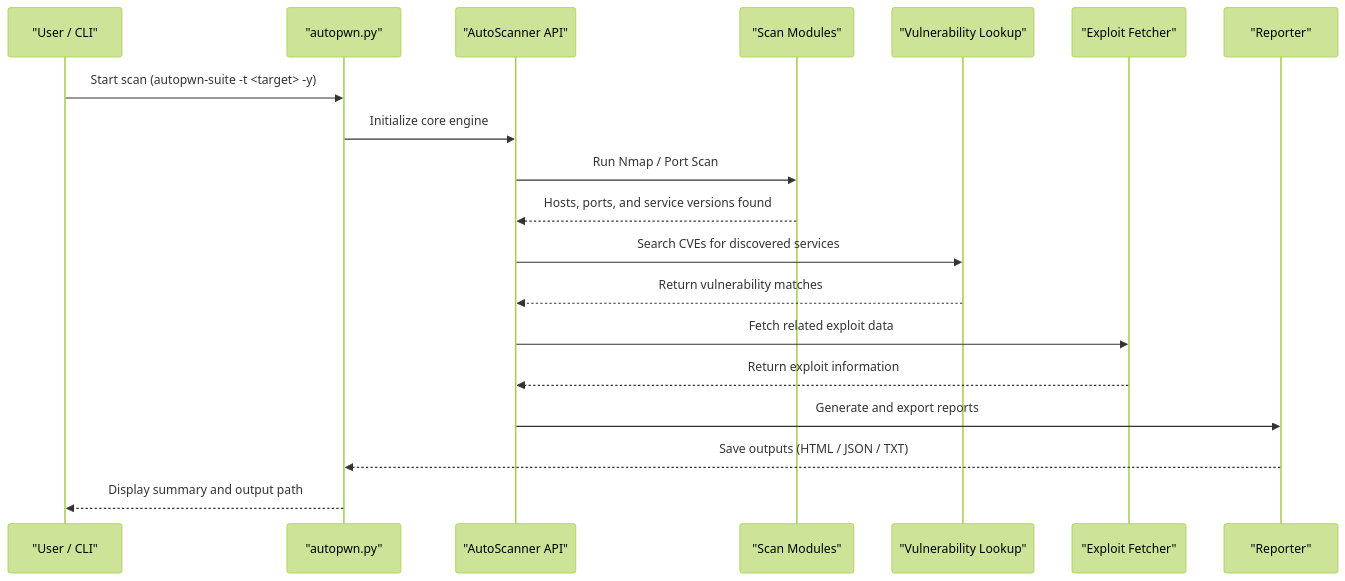
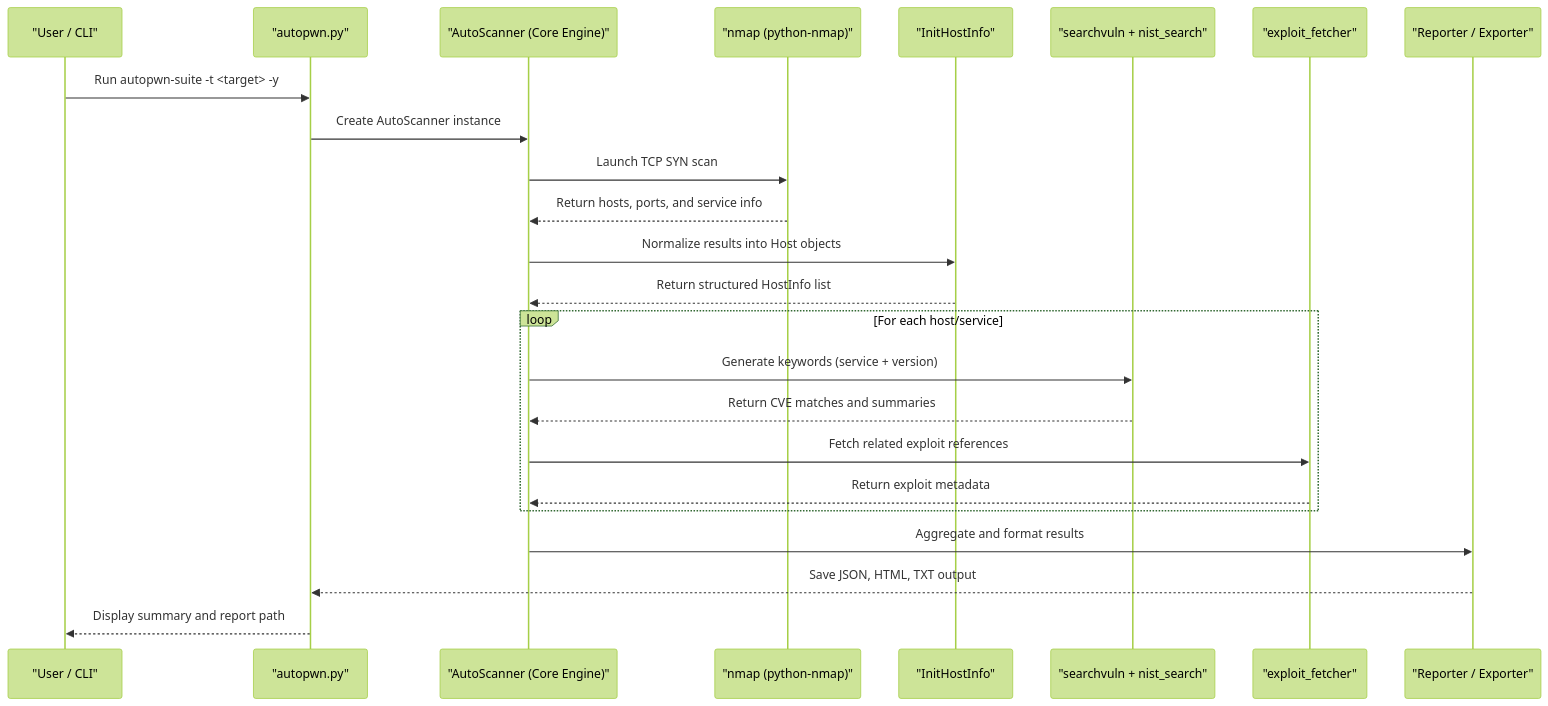
One commit to GamehunterKaan/kaangultekin.net changed the first of 2 diagrams in _pages/projects/autopwn-suite.md. Above: the diagram before and after it, drawn with Mermaid (forest theme). The commit also changed other lines of this file and 1 other file, not shown here.

```diff
--- a/_pages/projects/autopwn-suite.md
+++ b/_pages/projects/autopwn-suite.md
@@ -62,23 +63,29 @@
 <div class="mermaid">
 sequenceDiagram
-    participant U as "User / CLI"
-    participant P as "autopwn.py"
-    participant A as "AutoScanner API"
-    participant S as "Scan Modules"
-    participant V as "Vulnerability Lookup"
-    participant E as "Exploit Fetcher"
-    participant R as "Reporter"
+    participant User as "User / CLI"
+    participant AutoPWN as "autopwn.py"
+    participant API as "AutoScanner (Core Engine)"
+    participant Nmap as "nmap (python-nmap)"
+    participant Parser as "InitHostInfo"
+    participant Vuln as "searchvuln + nist_search"
+    participant Exploit as "exploit_fetcher"
+    participant Report as "Reporter / Exporter"
 
-    %% --- Flow of execution ---
-    U->>P: Start scan (autopwn-suite -t <target> -y)
-    P->>A: Initialize core engine
-    A->>S: Run Nmap / Port Scan
-    S-->>A: Hosts, ports, and service versions found
-    A->>V: Search CVEs for discovered services
-    V-->>A: Return vulnerability matches
-    A->>E: Fetch related exploit data
-    E-->>A: Return exploit information
-    A->>R: Generate and export reports
-    R-->>P: Save outputs (HTML / JSON / TXT)
-    P-->>U: Display summary and output path
+    User->>AutoPWN: Run autopwn-suite -t &lt;target&gt; -y
+    AutoPWN->>API: Create AutoScanner instance
+    API->>Nmap: Launch TCP SYN scan
+    Nmap-->>API: Return hosts, ports, and service info
+    API->>Parser: Normalize results into Host objects
+    Parser-->>API: Return structured HostInfo list
+
+    loop For each host/service
+        API->>Vuln: Generate keywords (service + version)
+        Vuln-->>API: Return CVE matches and summaries
+        API->>Exploit: Fetch related exploit references
+        Exploit-->>API: Return exploit metadata
+    end
+
+    API->>Report: Aggregate and format results
+    Report-->>AutoPWN: Save JSON, HTML, TXT output
+    AutoPWN-->>User: Display summary and report path
 </div>
```
